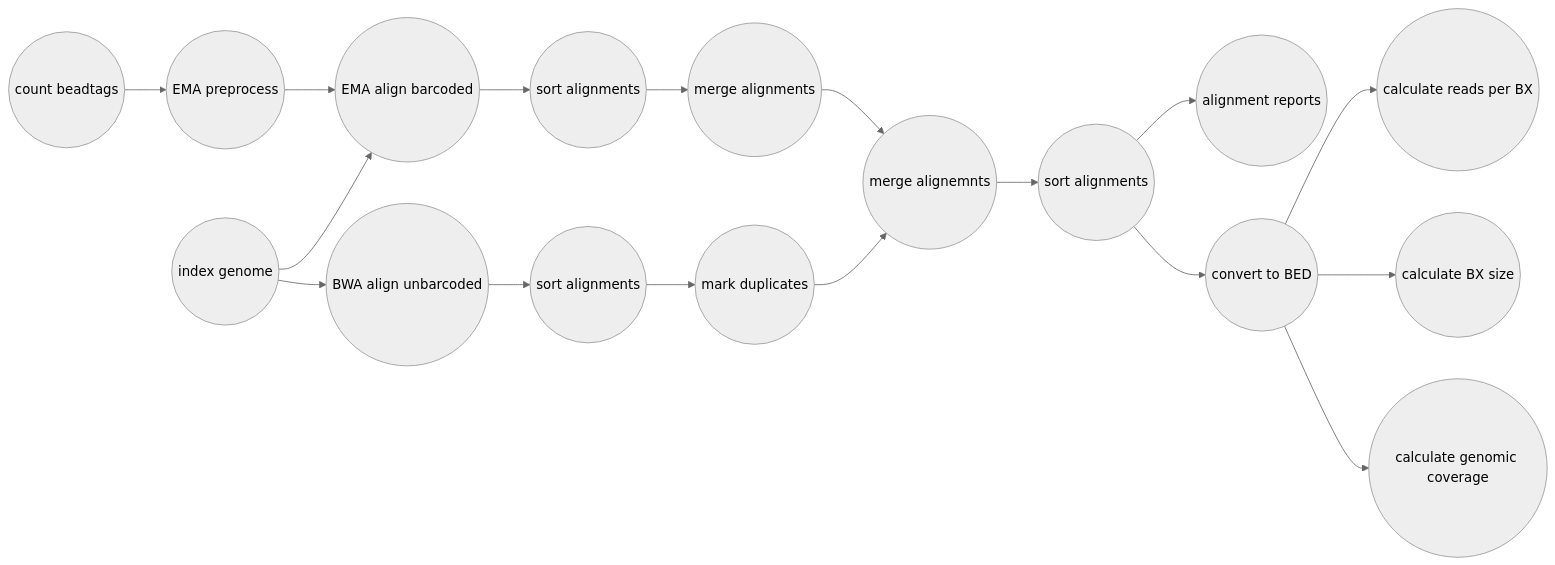
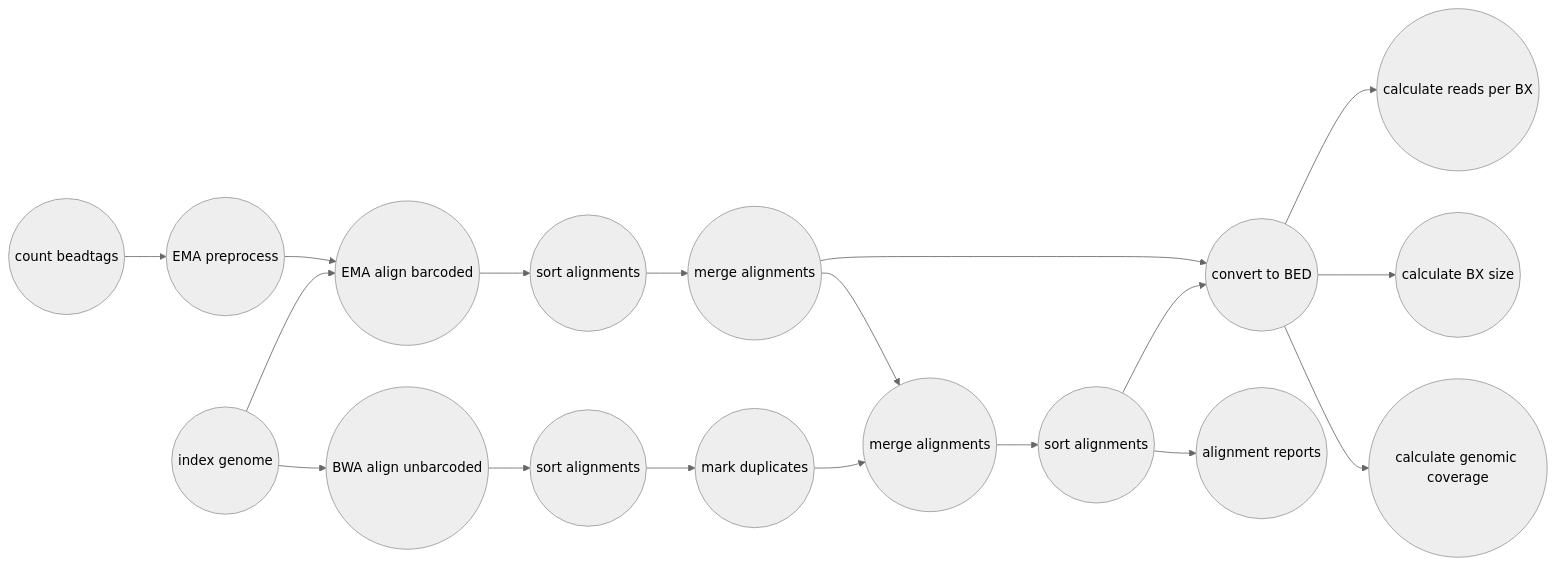
Before and after one commit to pdimens/harpy: the first of 2 diagrams in Modules/readmapping.md, drawn with Mermaid (neutral theme).

Commit message:
adjust mermaid

````diff
--- a/Modules/readmapping.md
+++ b/Modules/readmapping.md
@@ -49,19 +49,20 @@
 ```mermaid
 graph LR
     A((count beadtags)) --> B((EMA preprocess))
     B-->C((EMA align barcoded))
     C-->D((sort alignments))
     D-->E((merge alignments))
-    E-->F((merge alignemnts))
+    E-->G
+    E-->F((merge alignments))
     IDX((index genome))-->C
     IDX-->Z((BWA align unbarcoded))
     Z-->Y((sort alignments))
     Y-->X((mark duplicates))
     X-->F
     F-->K((sort alignments))
     K-->J((alignment reports))
     K-->G((convert to BED))
     G-->H((calculate reads per BX))
     G-->L((calculate BX size))
     G-->I((calculate genomic coverage))
 ```
````
